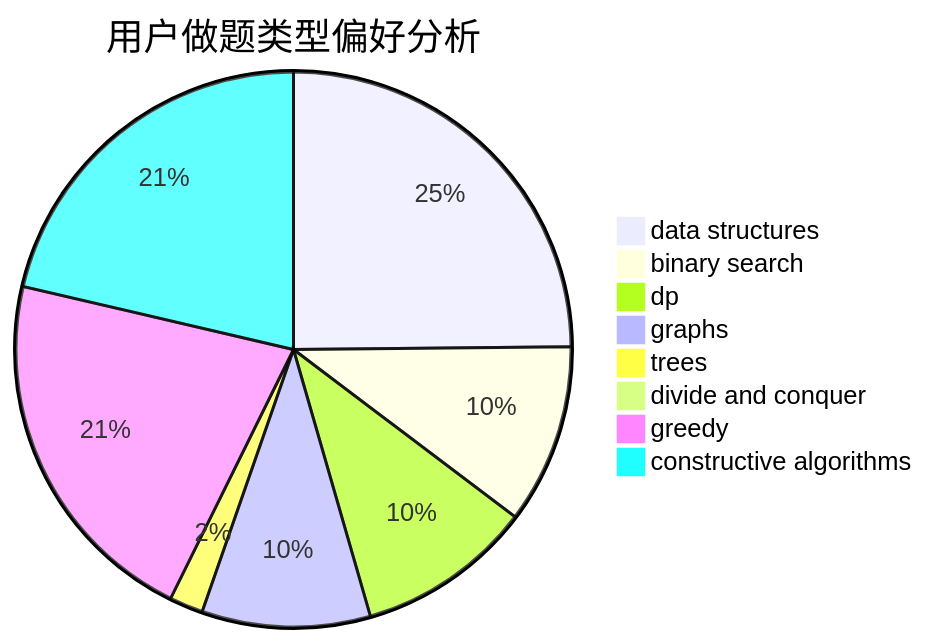
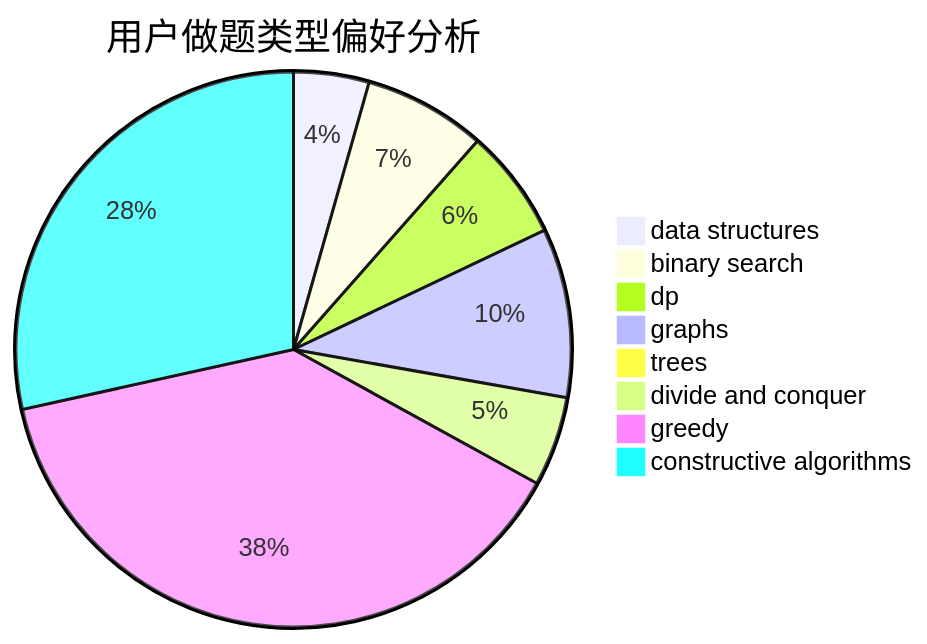
One commit to sherpahu/cfrs.github.io changed the second of 3 diagrams in docs/user/u1268.md. Above: the diagram before and after it, drawn with Mermaid. The commit also changed other lines of this file and 2770 other files, not shown here.

````diff
--- a/docs/user/u1268.md
+++ b/docs/user/u1268.md
@@ -23,11 +23,11 @@
 ```mermaid
 pie title 用户做题类型偏好分析
-    "data structures" :  114
-    "binary search" :  48
-    "dp" :  47
-    "graphs" :  45
+    "data structures" :  58
+    "binary search" :  94
+    "dp" :  85
+    "graphs" :  130
     "trees" :  9
-    "divide and conquer" :  0
-    "greedy" :  98
-    "constructive algorithms" :  98
+    "divide and conquer" :  69
+    "greedy" :  509
+    "constructive algorithms" :  376
 ```
````
